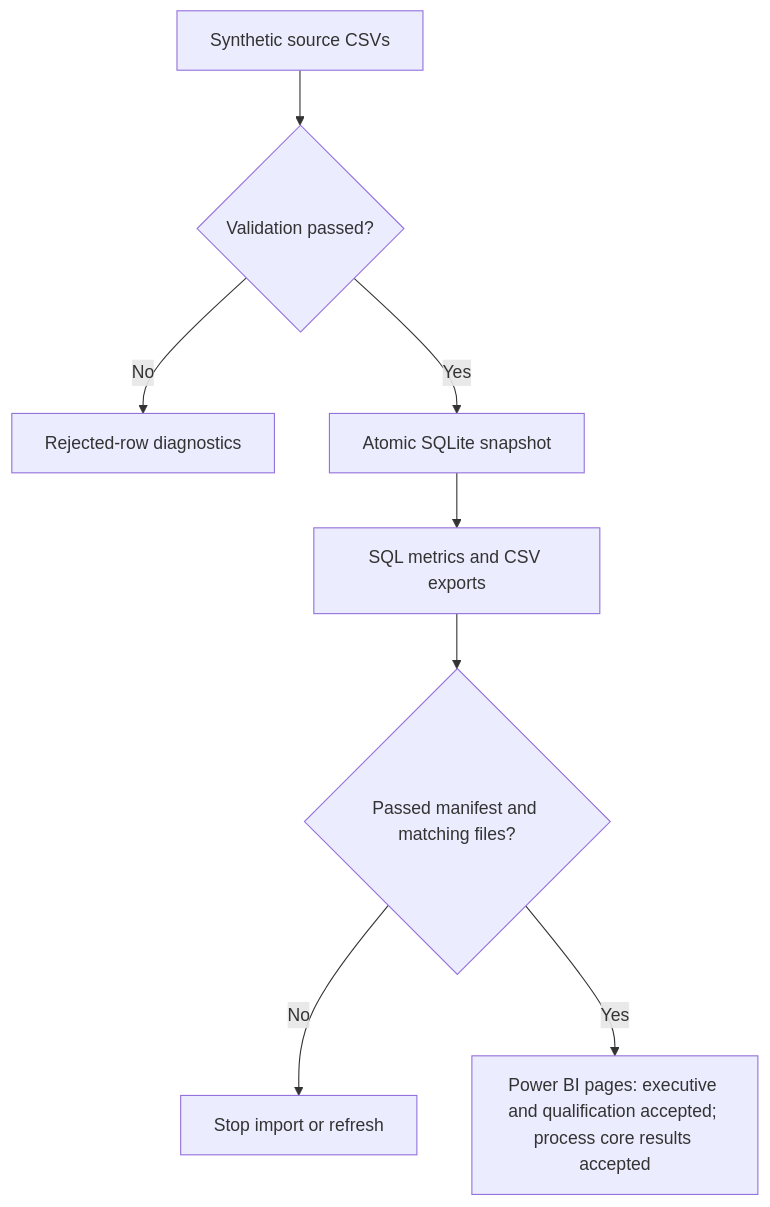
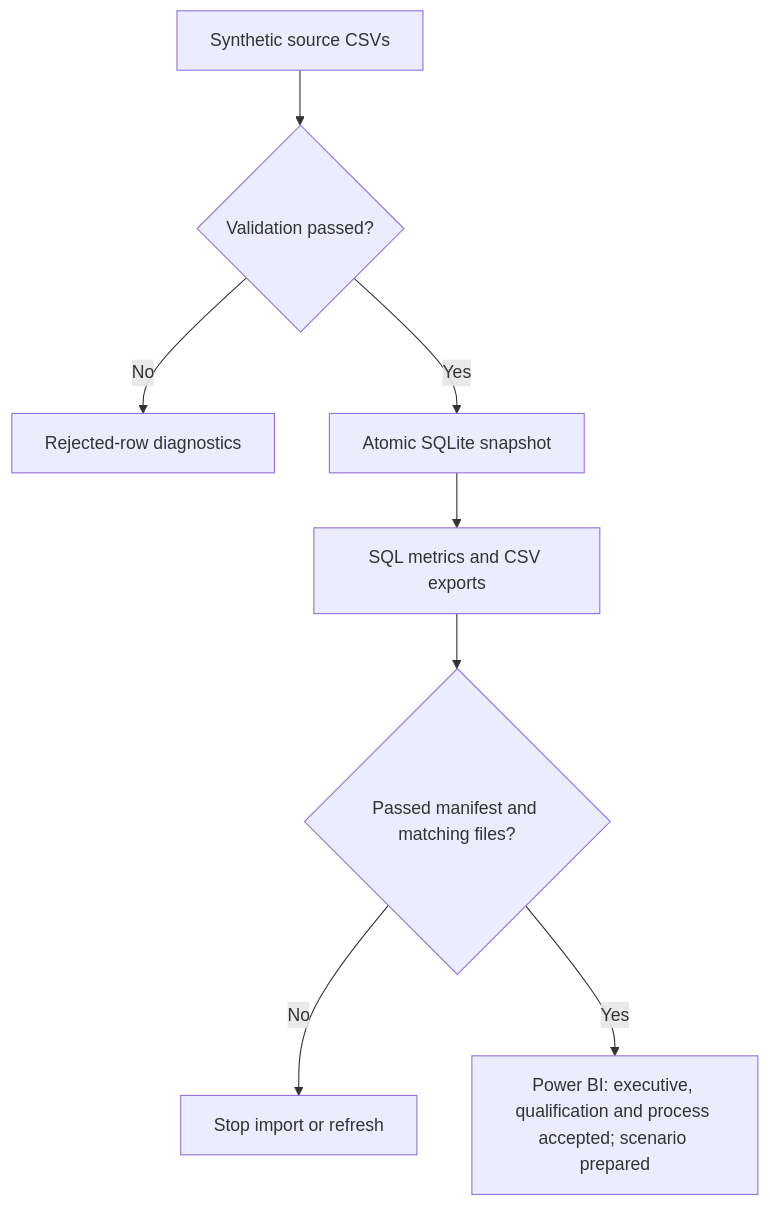
The diagram in README.md (Tros112/operational-readiness-intelligence), drawn with Mermaid before and after one commit. The commit also changed other lines of this file and 24 other files, not shown here.

Commit message:
Add no-renewal qualification scenario and Day 10 handoff

````diff
--- a/README.md
+++ b/README.md
@@ -66,10 +68,10 @@
 ```mermaid
 flowchart TD
     A["Synthetic source CSVs"] --> B{"Validation passed?"}
     B -->|No| C["Rejected-row diagnostics"]
     B -->|Yes| D["Atomic SQLite snapshot"]
     D --> E["SQL metrics and CSV exports"]
     E --> F{"Passed manifest and matching files?"}
     F -->|No| G["Stop import or refresh"]
-    F -->|Yes| H["Power BI pages: executive and qualification accepted; process core results accepted"]
+    F -->|Yes| H["Power BI: executive, qualification and process accepted; scenario prepared"]
 ```
````
